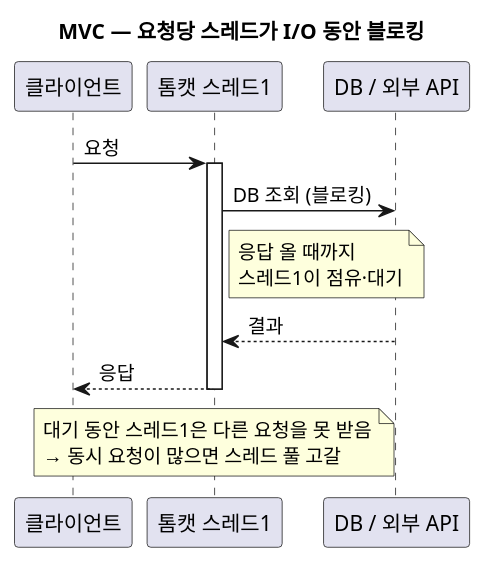
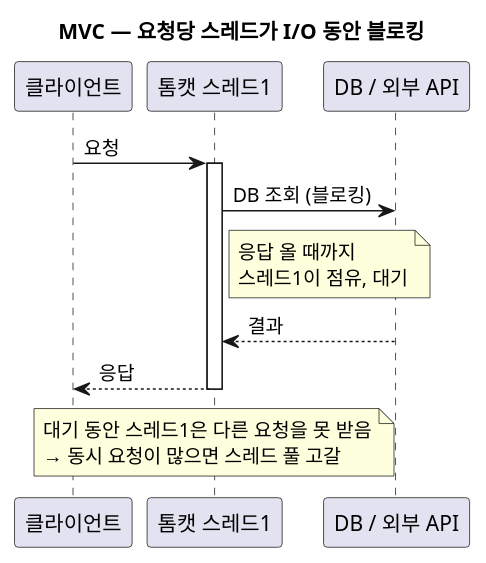
The first of 3 diagrams in blog/2026-09-25-spring-webflux-vs-mvc.mdx (johnycho/johny-dev), drawn with PlantUML before and after one commit. The commit also changed other lines of this file and 188 other files, not shown here.

````diff
--- a/blog/2026-09-25-spring-webflux-vs-mvc.mdx
+++ b/blog/2026-09-25-spring-webflux-vs-mvc.mdx
@@ -130,16 +130,16 @@
 ```plantuml
 @startuml
 title MVC — 요청당 스레드가 I/O 동안 블로킹
 participant "클라이언트" as C
 participant "톰캣 스레드1" as T1
 participant "DB / 외부 API" as IO
 C -> T1 : 요청
 activate T1
 T1 -> IO : DB 조회 (블로킹)
-note right of T1 : 응답 올 때까지\n스레드1이 점유·대기
+note right of T1 : 응답 올 때까지\n스레드1이 점유, 대기
 IO --> T1 : 결과
 T1 --> C : 응답
 deactivate T1
 note over T1 : 대기 동안 스레드1은 다른 요청을 못 받음\n→ 동시 요청이 많으면 스레드 풀 고갈
 @enduml
 ```
````
